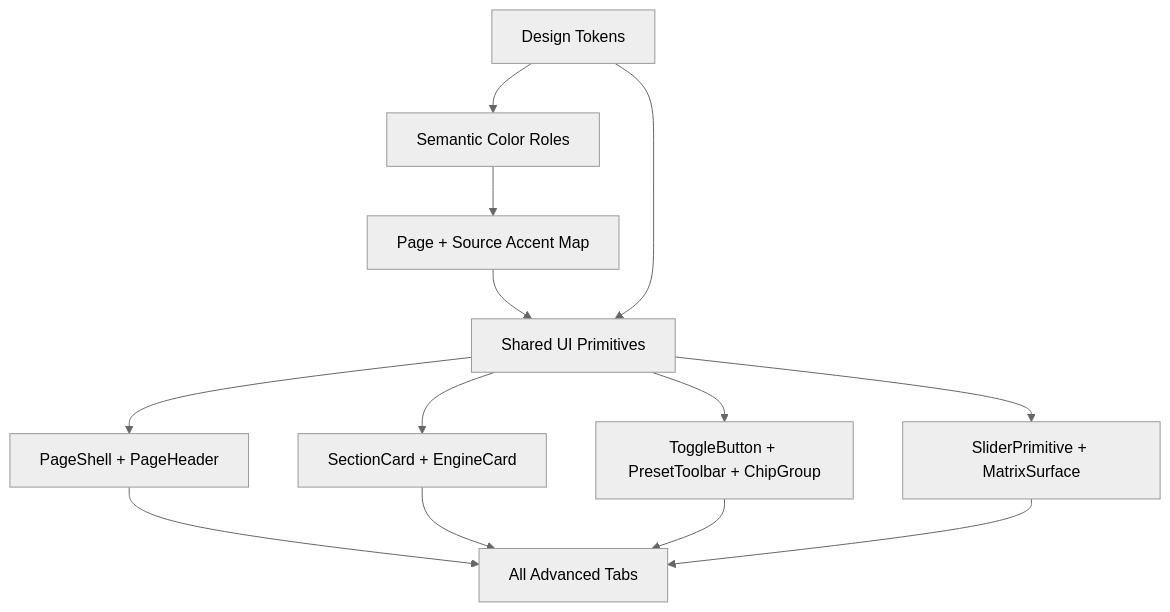
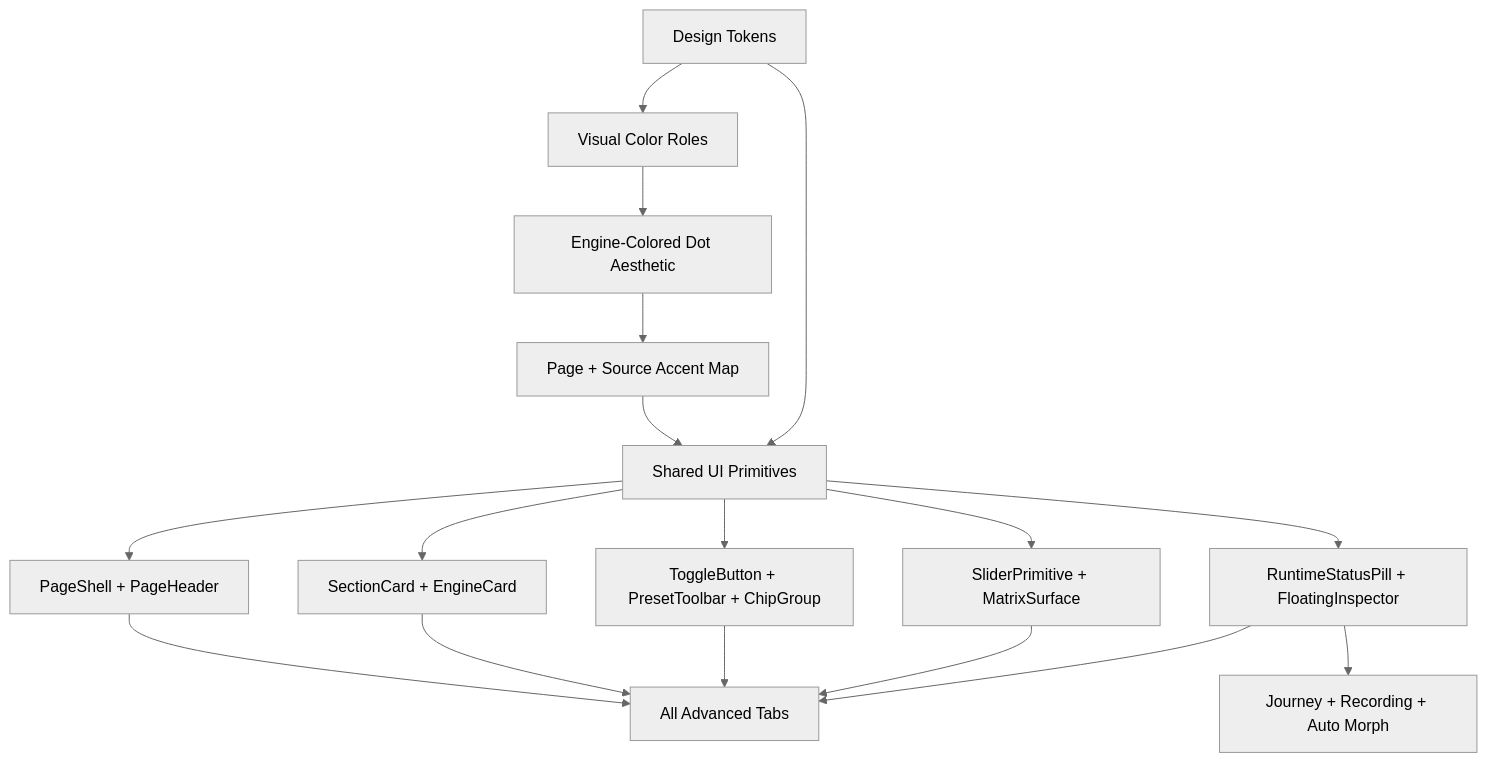
Before and after one commit to changuage/Kessho: the diagram in docs/ui-audit/UI_DESIGN_SYSTEM_AUDIT.md, drawn with Mermaid (neutral theme). The commit also changed other lines of this file and 117 other files, not shown here.

````diff
--- a/docs/ui-audit/UI_DESIGN_SYSTEM_AUDIT.md
+++ b/docs/ui-audit/UI_DESIGN_SYSTEM_AUDIT.md
@@ -193,15 +440,19 @@
 ```mermaid
 flowchart TD
-  tokens["Design Tokens"] --> colorRoles["Semantic Color Roles"]
-  colorRoles --> pageAccents["Page + Source Accent Map"]
+  tokens["Design Tokens"] --> colorRoles["Visual Color Roles"]
+  colorRoles --> engineDots["Engine-Colored Dot Aesthetic"]
+  engineDots --> pageAccents["Page + Source Accent Map"]
   pageAccents --> primitives["Shared UI Primitives"]
   tokens --> primitives
   primitives --> pageShell["PageShell + PageHeader"]
   primitives --> cards["SectionCard + EngineCard"]
   primitives --> controls["ToggleButton + PresetToolbar + ChipGroup"]
   primitives --> sliders["SliderPrimitive + MatrixSurface"]
+  primitives --> runtime["RuntimeStatusPill + FloatingInspector"]
+  runtime --> liveStates["Journey + Recording + Auto Morph"]
   pageShell --> pages["All Advanced Tabs"]
   cards --> pages
   controls --> pages
   sliders --> pages
+  runtime --> pages
 ```
````
